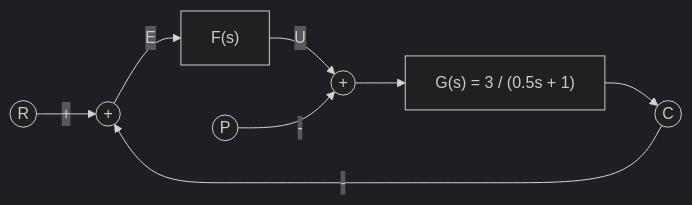
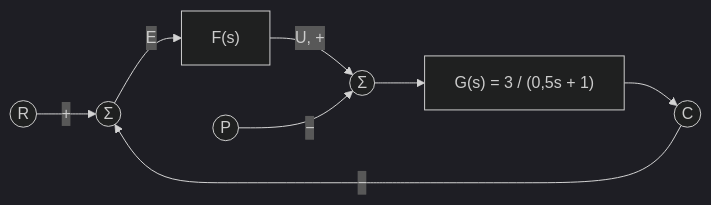
Before and after one commit to aetel/web: the diagram in src/subjects/sistemas-control/ejercicio_6_control_de_nivel_de_tanque.md, drawn with Mermaid (dark theme). The commit also changed other lines of this file and 21 other files, not shown here.

````diff
--- a/src/subjects/sistemas-control/ejercicio_6_control_de_nivel_de_tanque.md
+++ b/src/subjects/sistemas-control/ejercicio_6_control_de_nivel_de_tanque.md
@@ -15,10 +13,10 @@
 ```mermaid
 graph LR
-    R((R)) -->|+ | Sum1((+))
-    C_out -->|- | Sum1
-    Sum1 -- E --> F["F(s)"]
-    F -- U --> Sum2((+))
-    P((P)) -->|- | Sum2
-    Sum2 --> G["G(s) = 3 / (0.5s + 1)"]
-    G --> C_out((C))
+    R(("R")) -- "+" --> S1(("Σ"))
+    C(("C")) -- "−" --> S1
+    S1 -- "E" --> F["F(s)"]
+    F -- "U, +" --> S2(("Σ"))
+    P(("P")) -- "−" --> S2
+    S2 --> G["G(s) = 3 / (0,5s + 1)"]
+    G --> C
 ```
````
